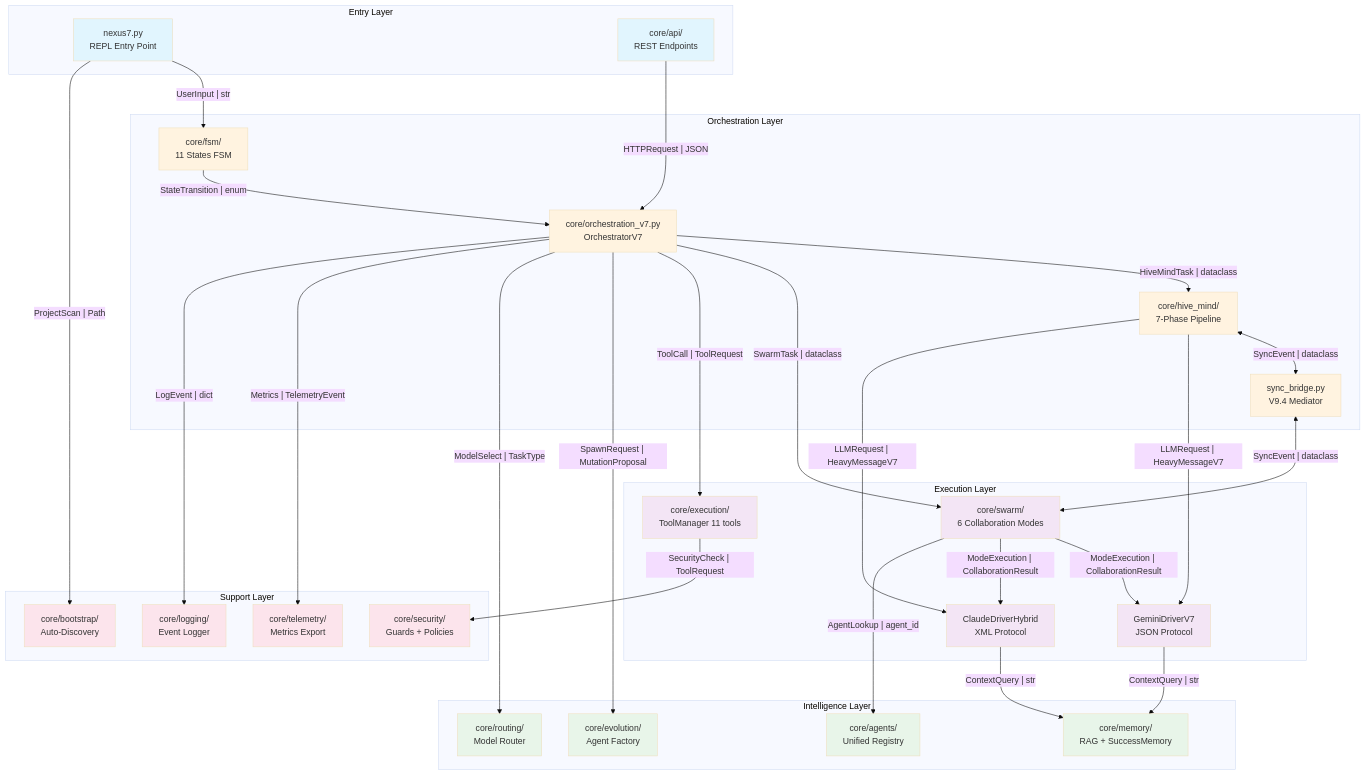
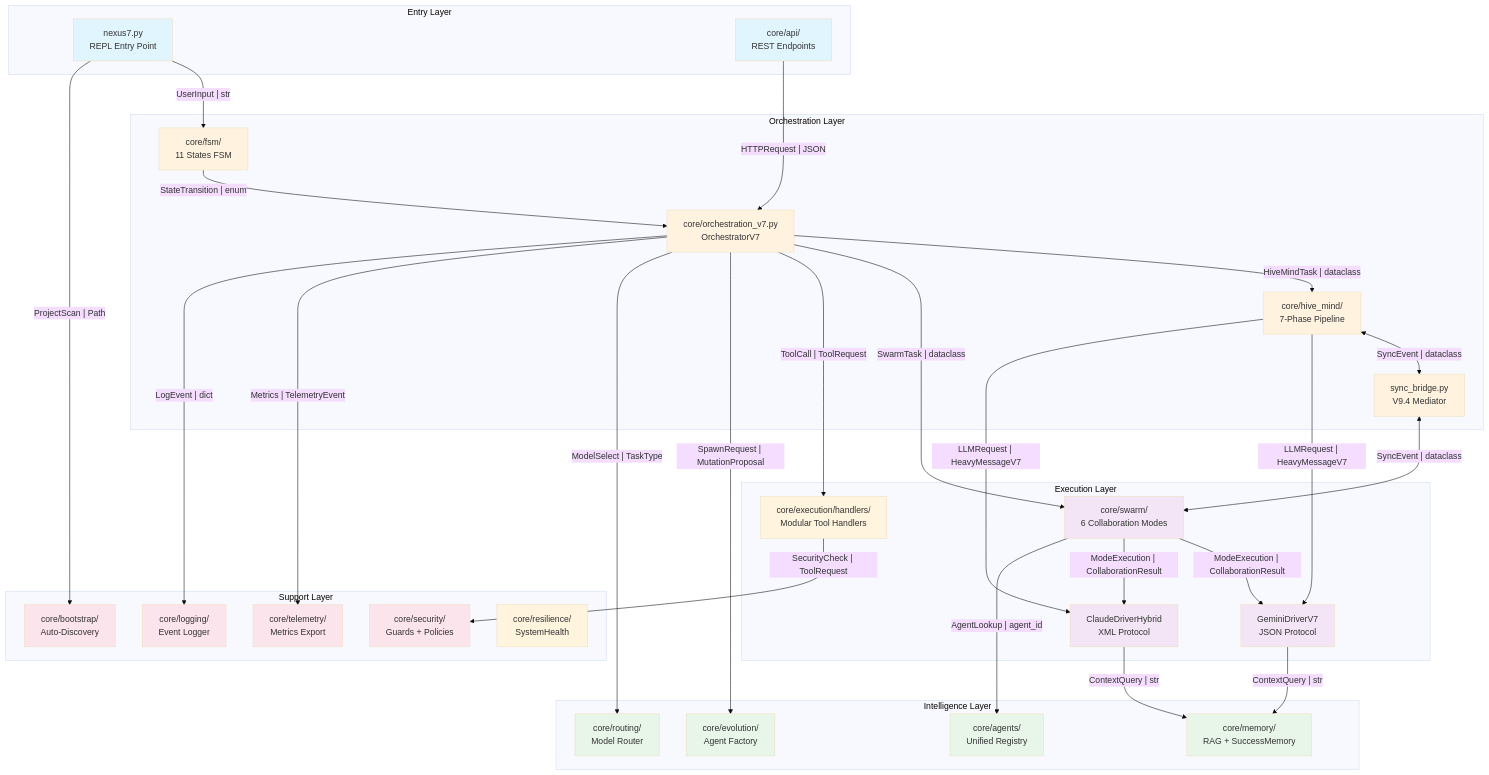
One commit to yannabadie/NEXUS changed the second of 5 diagrams in ARCHITECTURE_MAP.md. Above: the diagram before and after it, drawn with Mermaid (base theme). The commit also changed 11 other files, not shown here.

````diff
--- a/ARCHITECTURE_MAP.md
+++ b/ARCHITECTURE_MAP.md
@@ -55,79 +55,80 @@
 ```mermaid
 graph TD
     subgraph "Entry Layer"
         CLI[nexus7.py<br/>REPL Entry Point]
         API[core/api/<br/>REST Endpoints]
     end
 
     subgraph "Orchestration Layer"
         FSM[core/fsm/<br/>11 States FSM]
         ORCH[core/orchestration_v7.py<br/>OrchestratorV7]
         HIVE[core/hive_mind/<br/>7-Phase Pipeline]
         SYNC[sync_bridge.py<br/>V9.4 Mediator]
     end
 
     subgraph "Execution Layer"
         SWARM[core/swarm/<br/>6 Collaboration Modes]
-        TOOLS[core/execution/<br/>ToolManager 11 tools]
+        HANDLERS[core/execution/handlers/<br/>Modular Tool Handlers]
         DRV_G[GeminiDriverV7<br/>JSON Protocol]
         DRV_C[ClaudeDriverHybrid<br/>XML Protocol]
     end
 
     subgraph "Intelligence Layer"
         MEM[core/memory/<br/>RAG + SuccessMemory]
         EVO[core/evolution/<br/>Agent Factory]
         ROUTE[core/routing/<br/>Model Router]
         AGENTS[core/agents/<br/>Unified Registry]
     end
 
     subgraph "Support Layer"
         SEC[core/security/<br/>Guards + Policies]
         TEL[core/telemetry/<br/>Metrics Export]
         LOG[core/logging/<br/>Event Logger]
         BOOT[core/bootstrap/<br/>Auto-Discovery]
+        HEALTH[core/resilience/<br/>SystemHealth]
     end
 
     %% Entry flows
     CLI -->|"UserInput | str"| FSM
     API -->|"HTTPRequest | JSON"| ORCH
 
     %% Orchestration flows
     FSM -->|"StateTransition | enum"| ORCH
     ORCH -->|"HiveMindTask | dataclass"| HIVE
     ORCH -->|"SwarmTask | dataclass"| SWARM
     HIVE <-->|"SyncEvent | dataclass"| SYNC
     SYNC <-->|"SyncEvent | dataclass"| SWARM
 
     %% Execution flows
     HIVE -->|"LLMRequest | HeavyMessageV7"| DRV_G
     HIVE -->|"LLMRequest | HeavyMessageV7"| DRV_C
     SWARM -->|"ModeExecution | CollaborationResult"| DRV_G
     SWARM -->|"ModeExecution | CollaborationResult"| DRV_C
-    ORCH -->|"ToolCall | ToolRequest"| TOOLS
-    TOOLS -->|"SecurityCheck | ToolRequest"| SEC
+    ORCH -->|"ToolCall | ToolRequest"| HANDLERS
+    HANDLERS -->|"SecurityCheck | ToolRequest"| SEC
 
     %% Intelligence flows
     DRV_G -->|"ContextQuery | str"| MEM
     DRV_C -->|"ContextQuery | str"| MEM
     ORCH -->|"SpawnRequest | MutationProposal"| EVO
     ORCH -->|"ModelSelect | TaskType"| ROUTE
     SWARM -->|"AgentLookup | agent_id"| AGENTS
 
     %% Support flows
     ORCH -->|"Metrics | TelemetryEvent"| TEL
     ORCH -->|"LogEvent | dict"| LOG
     CLI -->|"ProjectScan | Path"| BOOT
 
     %% Styling
     classDef entry fill:#e1f5fe
     classDef orch fill:#fff3e0
     classDef exec fill:#f3e5f5
     classDef intel fill:#e8f5e9
     classDef support fill:#fce4ec
 
     class CLI,API entry
     class FSM,ORCH,HIVE,SYNC orch
     class SWARM,TOOLS,DRV_G,DRV_C exec
     class MEM,EVO,ROUTE,AGENTS intel
     class SEC,TEL,LOG,BOOT support
 ```
````
